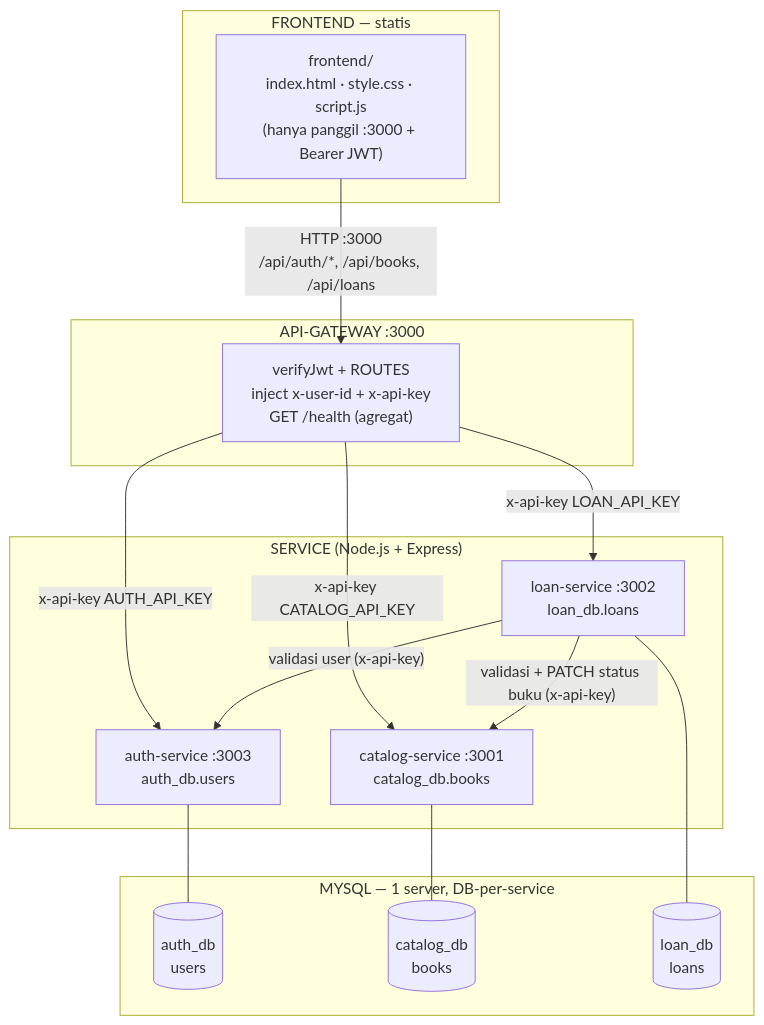
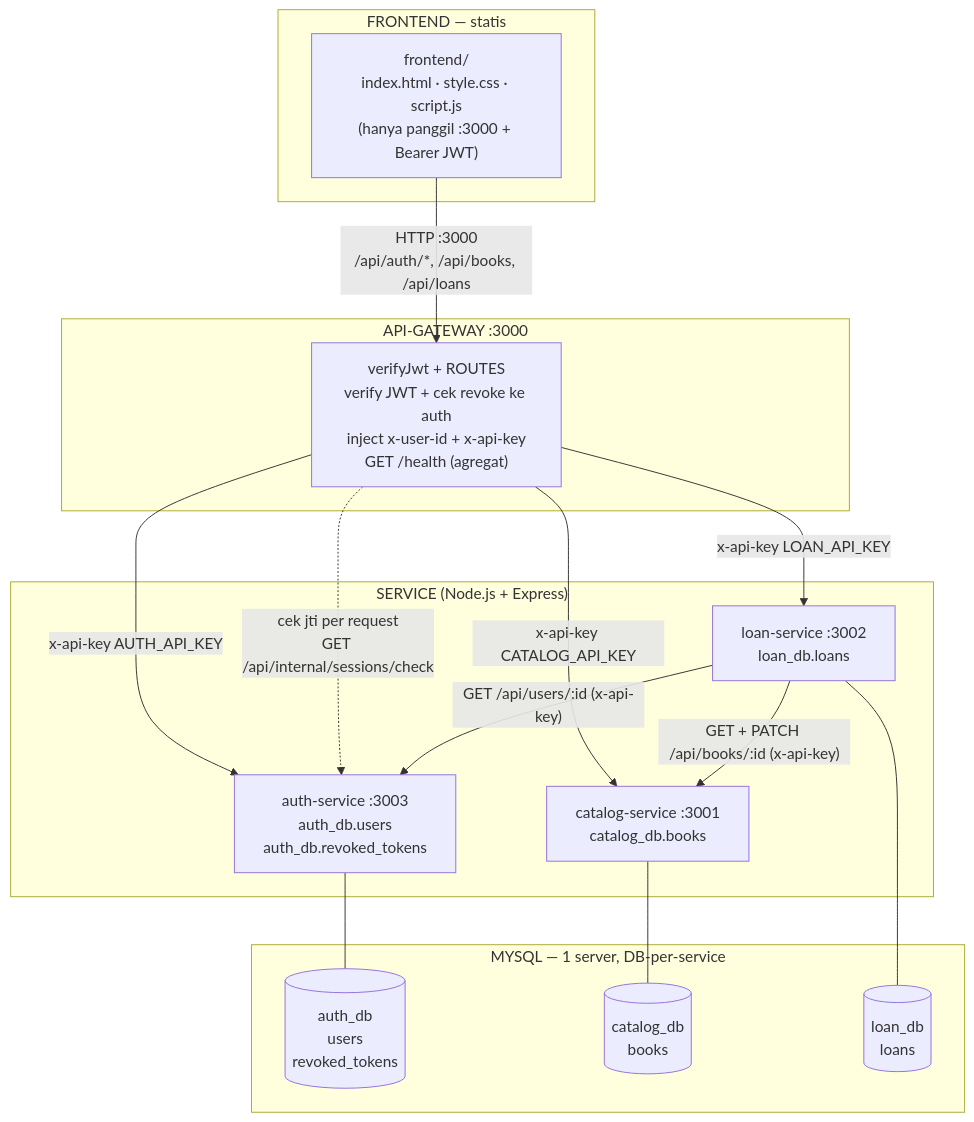
Before and after one commit to FlaidHack/sistem-peminjaman-buku: the second of 2 diagrams in docs/architecture.md, drawn with Mermaid. The commit also changed other lines of this file and 6 other files, not shown here.

Commit message:
feat: logout stateful via revoked_tokens, token lama ditolak 401

````diff
--- a/docs/architecture.md
+++ b/docs/architecture.md
@@ -127,32 +49,33 @@
 ```mermaid
 flowchart TB
     subgraph FE["FRONTEND — statis"]
         UI["frontend/<br/>index.html · style.css · script.js<br/>(hanya panggil :3000 + Bearer JWT)"]
     end
 
     subgraph GW["API-GATEWAY :3000"]
-        VFY["verifyJwt + ROUTES<br/>inject x-user-id + x-api-key<br/>GET /health (agregat)"]
+        VFY["verifyJwt + ROUTES<br/>verify JWT + cek revoke ke auth<br/>inject x-user-id + x-api-key<br/>GET /health (agregat)"]
     end
 
     subgraph SVC["SERVICE (Node.js + Express)"]
-        AUTH["auth-service :3003<br/>auth_db.users"]
+        AUTH["auth-service :3003<br/>auth_db.users<br/>auth_db.revoked_tokens"]
         CAT["catalog-service :3001<br/>catalog_db.books"]
         LOAN["loan-service :3002<br/>loan_db.loans"]
     end
 
     subgraph DB["MYSQL — 1 server, DB-per-service"]
-        ADB[("auth_db<br/>users")]
+        ADB[("auth_db<br/>users<br/>revoked_tokens")]
         CDB[("catalog_db<br/>books")]
         LDB[("loan_db<br/>loans")]
     end
 
     UI -- "HTTP :3000<br/>/api/auth/*, /api/books, /api/loans" --> VFY
     VFY -- "x-api-key AUTH_API_KEY" --> AUTH
     VFY -- "x-api-key CATALOG_API_KEY" --> CAT
     VFY -- "x-api-key LOAN_API_KEY" --> LOAN
+    VFY -. "cek jti per request<br/>GET /api/internal/sessions/check" .-> AUTH
     AUTH --- ADB
     CAT --- CDB
     LOAN --- LDB
-    LOAN -- "validasi user (x-api-key)" --> AUTH
-    LOAN -- "validasi + PATCH status buku (x-api-key)" --> CAT
+    LOAN -- "GET /api/users/:id (x-api-key)" --> AUTH
+    LOAN -- "GET + PATCH /api/books/:id (x-api-key)" --> CAT
 ```
````
